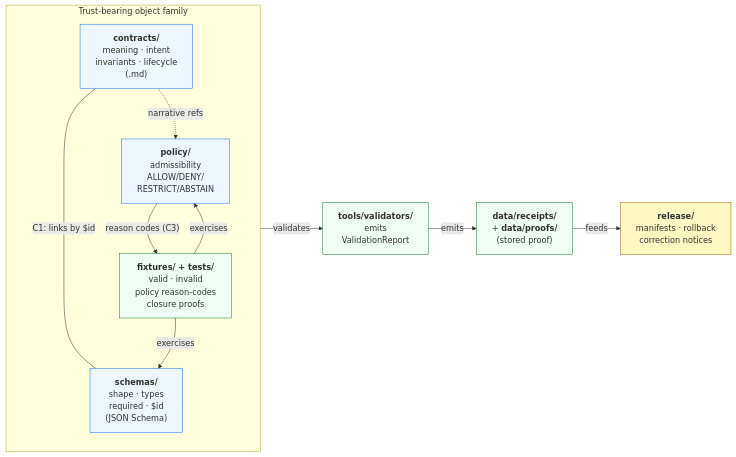
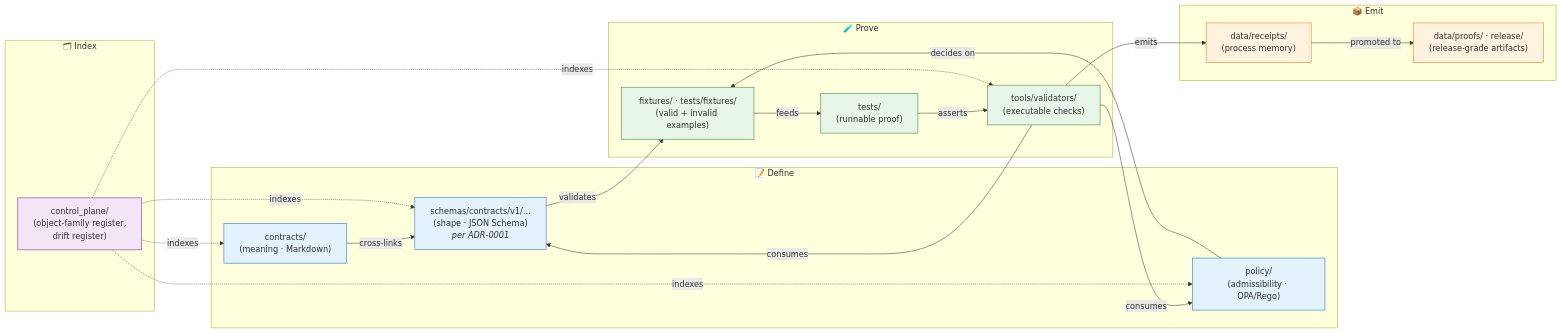
One commit to bartytime4life/Kansas-Frontier-Matrix changed the diagram in docs/adr/ADR-0002-contracts-vs-schemas-split.md. Above: the diagram before and after it, drawn with Mermaid. The commit also changed other lines of this file, not shown here.

````diff
--- a/docs/adr/ADR-0002-contracts-vs-schemas-split.md
+++ b/docs/adr/ADR-0002-contracts-vs-schemas-split.md
@@ -152,30 +161,46 @@
 ```mermaid
 flowchart LR
-    subgraph Trust["Trust-bearing object family"]
-        direction TB
-        C["<b>contracts/</b><br/>meaning · intent<br/>invariants · lifecycle<br/>(.md)"]
-        S["<b>schemas/</b><br/>shape · types<br/>required · $id<br/>(JSON Schema)"]
-        P["<b>policy/</b><br/>admissibility<br/>ALLOW/DENY/<br/>RESTRICT/ABSTAIN"]
-        F["<b>fixtures/ + tests/</b><br/>valid · invalid<br/>policy reason-codes<br/>closure proofs"]
+    subgraph DEFINE["📝 Define"]
+        C["contracts/<br/>(meaning · Markdown)"]
+        S["schemas/contracts/v1/…<br/>(shape · JSON Schema)<br/><i>per ADR-0001</i>"]
+        P["policy/<br/>(admissibility · OPA/Rego)"]
     end
 
-    V["<b>tools/validators/</b><br/>emits<br/>ValidationReport"]
-    R["<b>data/receipts/</b><br/>+ <b>data/proofs/</b><br/>(stored proof)"]
-    REL["<b>release/</b><br/>manifests · rollback<br/>correction notices"]
+    subgraph PROVE["🧪 Prove"]
+        F["fixtures/ · tests/fixtures/<br/>(valid + invalid examples)"]
+        T["tests/<br/>(runnable proof)"]
+        V["tools/validators/<br/>(executable checks)"]
+    end
 
-    C  ---|"C1: links by $id"| S
-    S  -->|"validates"| V
-    V  -->|"emits"| R
-    F  -->|"exercises"| S
-    F  -->|"exercises"| P
-    P  -->|"reason codes (C3)"| F
-    R  -->|"feeds"| REL
-    C  -.->|"narrative refs"| P
+    subgraph EMIT["📦 Emit"]
+        R["data/receipts/<br/>(process memory)"]
+        PR["data/proofs/ · release/<br/>(release-grade artifacts)"]
+    end
 
-    classDef can fill:#eef7ff,stroke:#1f6feb,stroke-width:1px
-    classDef proof fill:#f0fdf4,stroke:#15803d,stroke-width:1px
-    classDef rel fill:#fef9c3,stroke:#a16207,stroke-width:1px
-    class C,S,P can
-    class F,V,R proof
-    class REL rel
+    subgraph INDEX["🗂 Index"]
+        CP["control_plane/<br/>(object-family register,<br/>drift register)"]
+    end
+
+    C -- "cross-links" --> S
+    S -- "validates" --> F
+    P -- "decides on" --> F
+    F -- "feeds" --> T
+    V -- "emits" --> R
+    T -- "asserts" --> V
+    V -- "consumes" --> S
+    V -- "consumes" --> P
+    R -- "promoted to" --> PR
+    CP -. "indexes" .-> C
+    CP -. "indexes" .-> S
+    CP -. "indexes" .-> P
+    CP -. "indexes" .-> V
+
+    classDef def fill:#e3f2fd,stroke:#1565c0,stroke-width:1px;
+    classDef proof fill:#e8f5e9,stroke:#2e7d32,stroke-width:1px;
+    classDef emit fill:#fff3e0,stroke:#ef6c00,stroke-width:1px;
+    classDef idx fill:#f3e5f5,stroke:#6a1b9a,stroke-width:1px;
+    class C,S,P def;
+    class F,T,V proof;
+    class R,PR emit;
+    class CP idx;
 ```
````
